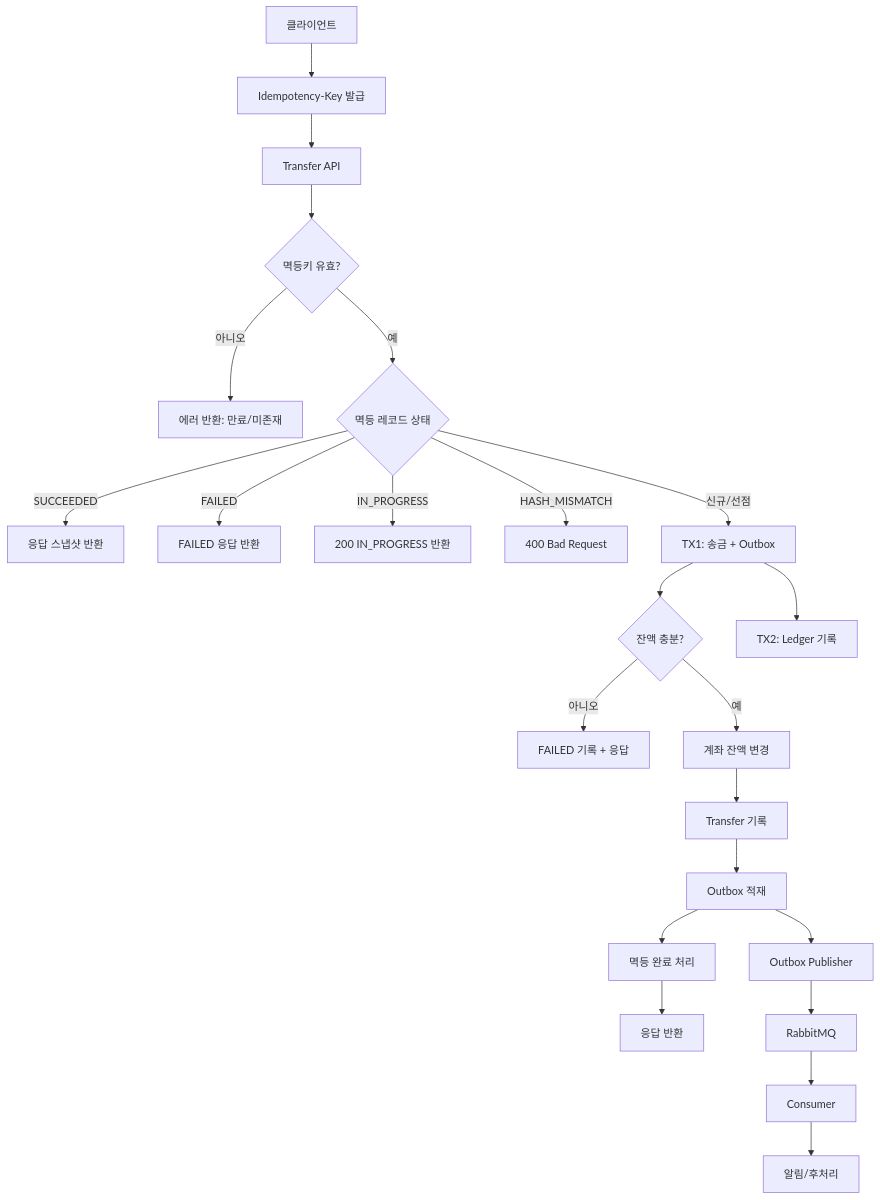
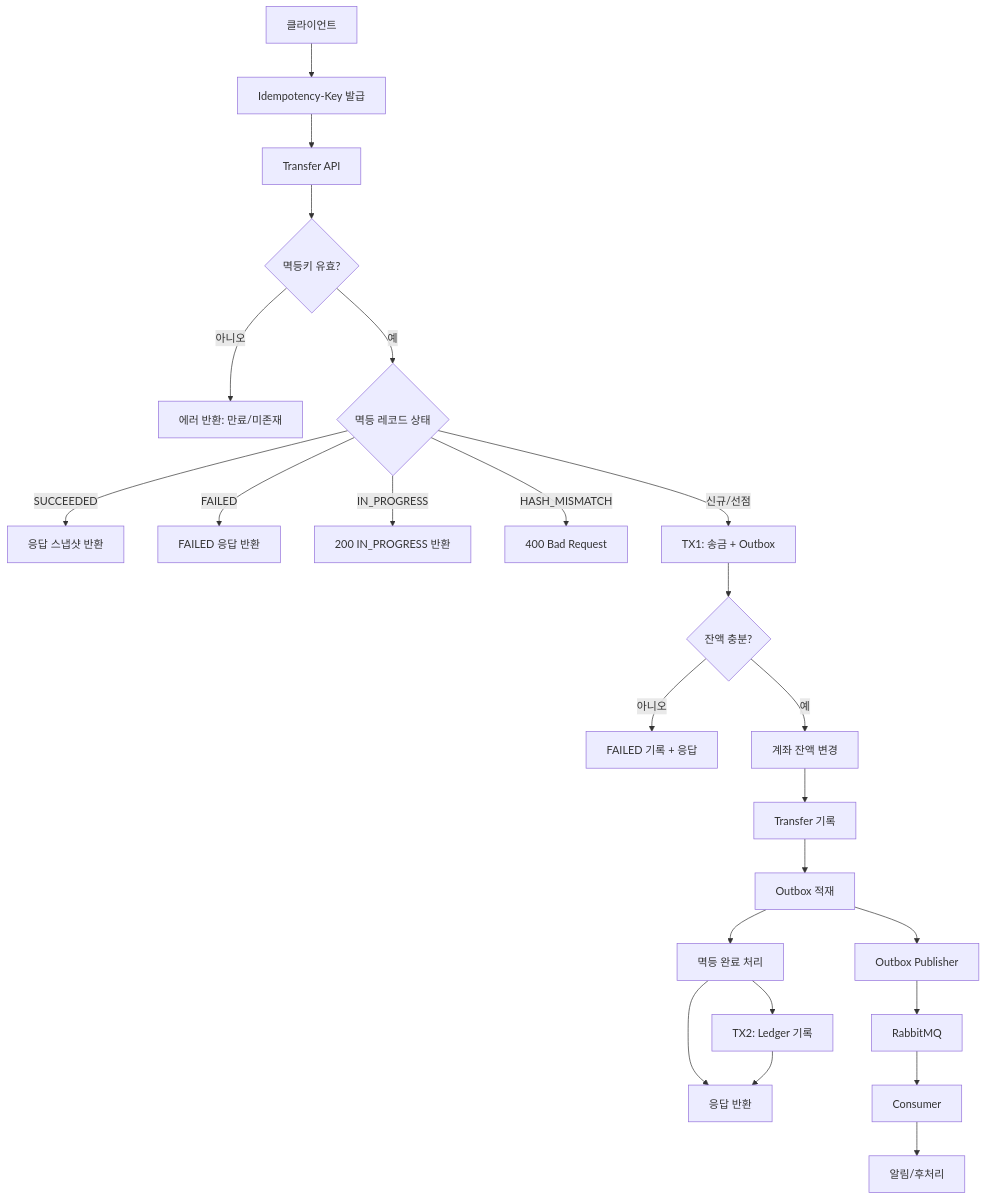
Before and after one commit to YeaChan05/Remittance: the diagram in docs/flow/transfer.md, drawn with Mermaid. The commit also changed other lines of this file, not shown here.

Commit message:
docs: transfer flow 문서 수정 및 TX2 설명 보완

````diff
--- a/docs/flow/transfer.md
+++ b/docs/flow/transfer.md
@@ -6,39 +6,39 @@
 ```mermaid
 flowchart TD
     client[클라이언트]
     idem[Idempotency-Key 발급]
     api[Transfer API]
     keyValidate{멱등키 유효?}
     keyInvalid[에러 반환: 만료/미존재]
     idemStore{멱등 레코드 상태}
     idemSuccess[응답 스냅샷 반환]
     idemFailed[FAILED 응답 반환]
     idemProgress[200 IN_PROGRESS 반환]
     idemConflict[400 Bad Request]
     tx1[TX1: 송금 + Outbox]
     balanceCheck{잔액 충분?}
     tx1Failed[FAILED 기록 + 응답]
     accounts[계좌 잔액 변경]
     transfer[Transfer 기록]
     outbox[Outbox 적재]
     idemComplete[멱등 완료 처리]
     response[응답 반환]
     tx2[TX2: Ledger 기록]
     publisher[Outbox Publisher]
     mq[RabbitMQ]
     consumer[Consumer]
     notify[알림/후처리]
     client --> idem --> api --> keyValidate
     keyValidate -- 아니오 --> keyInvalid
     keyValidate -- 예 --> idemStore
     idemStore -- SUCCEEDED --> idemSuccess
     idemStore -- FAILED --> idemFailed
     idemStore -- IN_PROGRESS --> idemProgress
     idemStore -- HASH_MISMATCH --> idemConflict
     idemStore -- 신규/선점 --> tx1
     tx1 --> balanceCheck
     balanceCheck -- 아니오 --> tx1Failed
     balanceCheck -- 예 --> accounts --> transfer --> outbox --> idemComplete --> response
-    tx1 --> tx2
+    idemComplete --> tx2 --> response
     outbox --> publisher --> mq --> consumer --> notify
 ```
````
